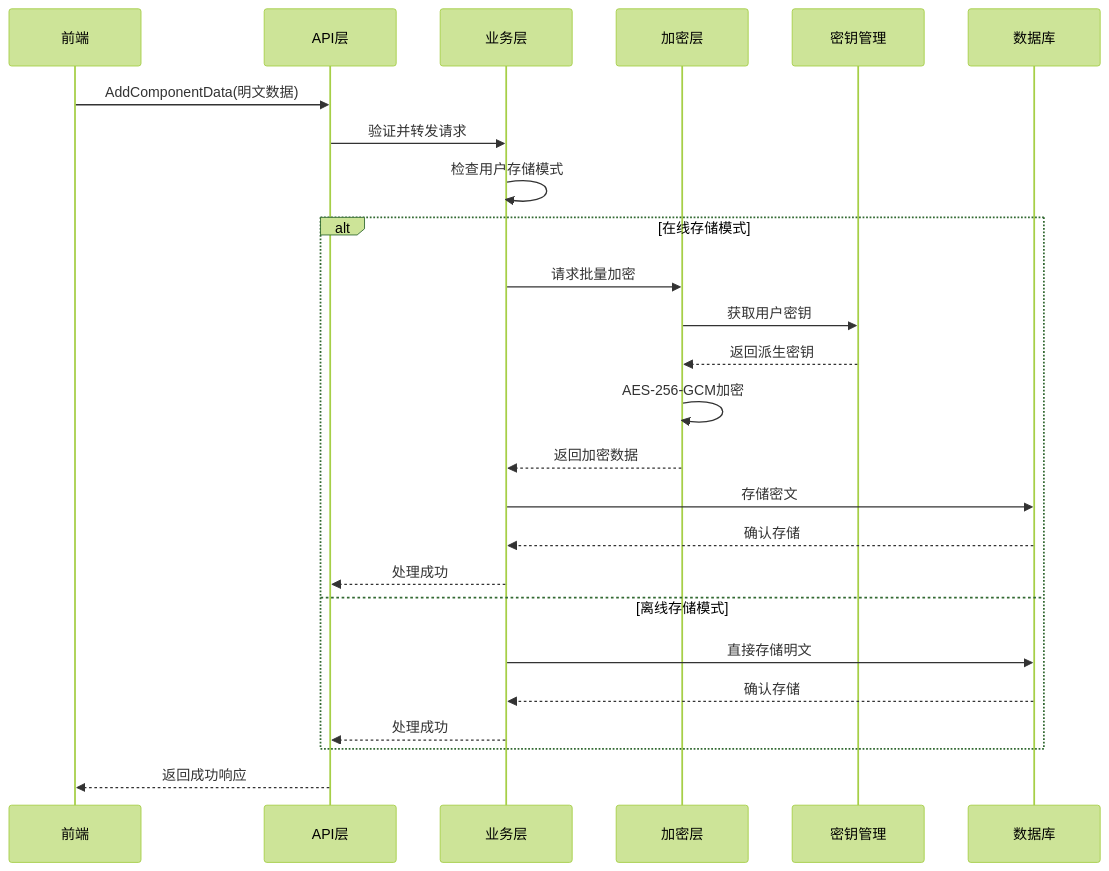
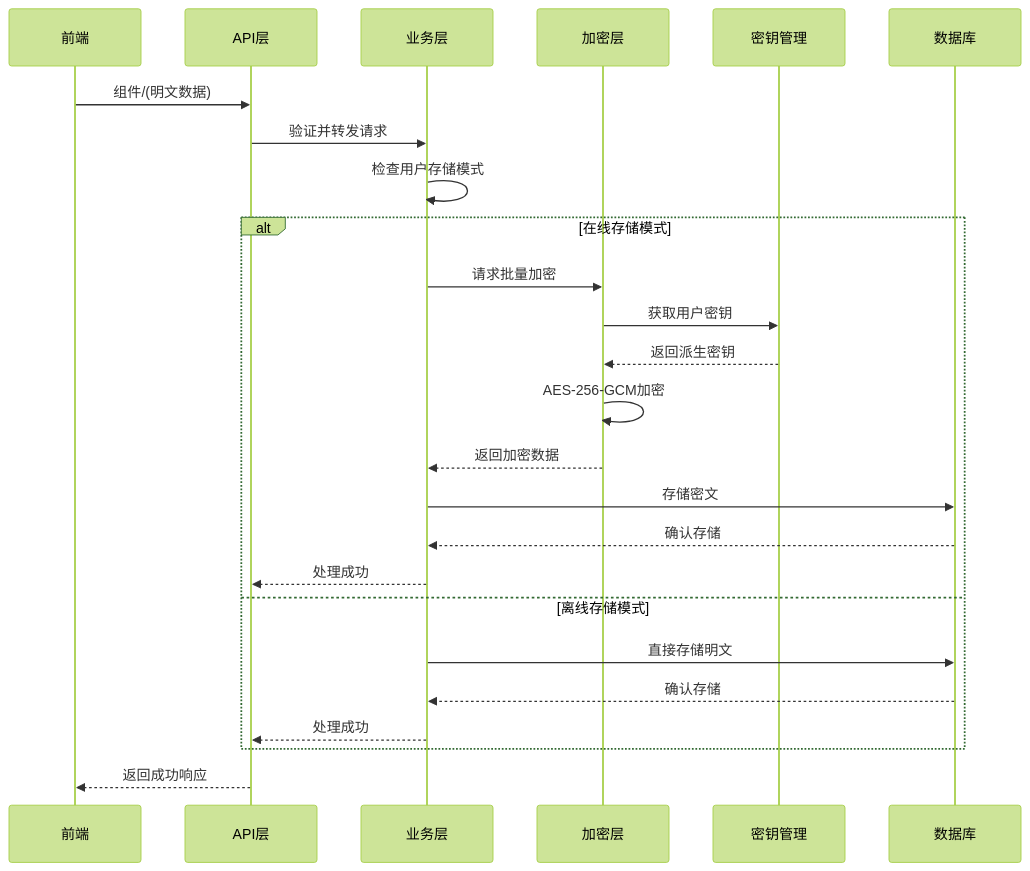
The diagram in all/未命名-1.md (yingjianzh/iodraw-files), drawn with Mermaid (forest theme) before and after one commit.

Commit message:
2025-09-01 15:59:02 update

````diff
--- a/all/未命名-1.md
+++ b/all/未命名-1.md
@@ -1,30 +1,30 @@
 ```mermaid
 sequenceDiagram
     participant F as 前端
     participant A as API层
     participant B as 业务层
     participant E as 加密层
     participant K as 密钥管理
     participant D as 数据库
     
-    F->>A: AddComponentData(明文数据)
+    F->>A: 组件/(明文数据)
     A->>B: 验证并转发请求
     B->>B: 检查用户存储模式
     
     alt 在线存储模式
         B->>E: 请求批量加密
         E->>K: 获取用户密钥
         K-->>E: 返回派生密钥
         E->>E: AES-256-GCM加密
         E-->>B: 返回加密数据
         B->>D: 存储密文
         D-->>B: 确认存储
         B-->>A: 处理成功
     else 离线存储模式
         B->>D: 直接存储明文
         D-->>B: 确认存储
         B-->>A: 处理成功
     end
     
     A-->>F: 返回成功响应
 ```
````
